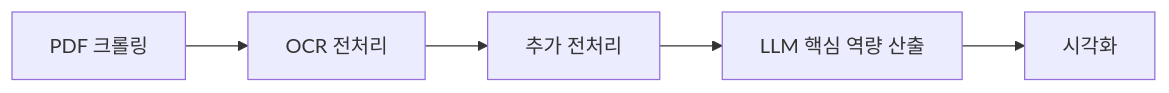
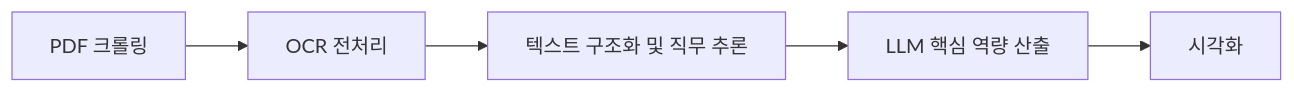
Before and after one commit to 46parkjeewon/streamlit-job-recommender: the diagram in README.md, drawn with Mermaid. The commit also changed other lines of this file, not shown here.

````diff
--- a/README.md
+++ b/README.md
@@ -18,6 +18,6 @@
 ```mermaid
 flowchart LR
-  A["PDF 크롤링"] --> B["OCR 전처리"] --> C["추가 전처리"] --> D["LLM 핵심 역량 산출"] --> E["시각화"]
+  A["PDF 크롤링"] --> B["OCR 전처리"] --> C["텍스트 구조화 및 직무 추론"] --> D["LLM 핵심 역량 산출"] --> E["시각화"]
 
 
 ```
````
